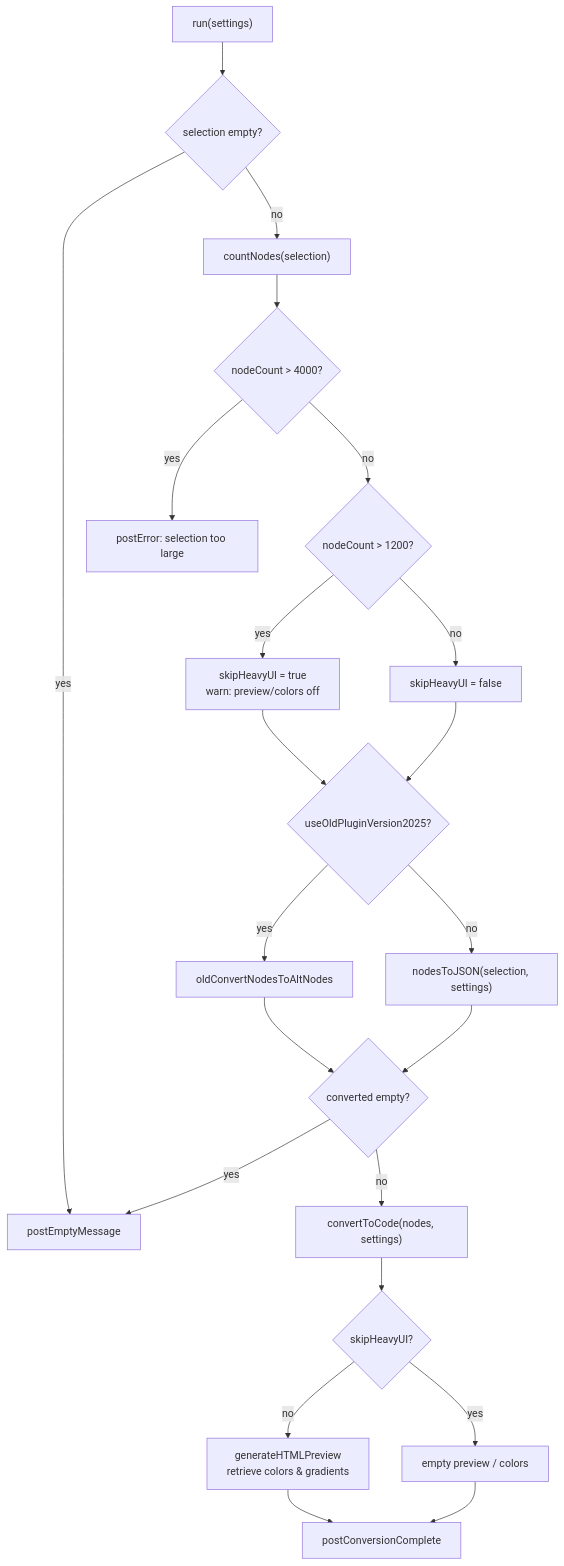
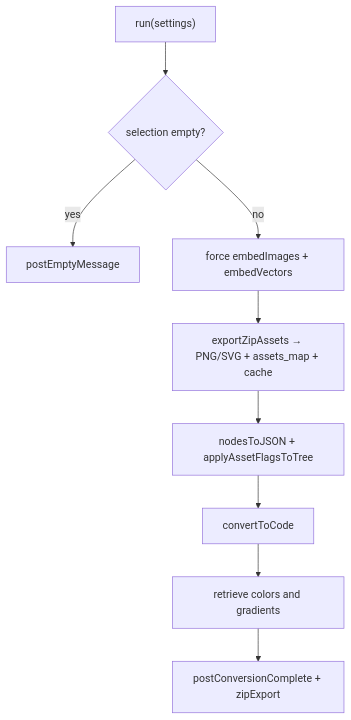
Before and after one commit to CodeByStella/FIGMA2CODE: the third of 9 diagrams in docs/logic.md, drawn with Mermaid. The commit also changed other lines of this file and 72 other files, not shown here.

First line of the commit message:
Add ZIP asset export and drop live HTML preview

````diff
--- a/docs/logic.md
+++ b/docs/logic.md
@@ -70,28 +70,11 @@
 ```mermaid
 flowchart TD
   A["run(settings)"] --> B{"selection empty?"}
   B -->|yes| Empty["postEmptyMessage"]
-  B -->|no| C["countNodes(selection)"]
-  C --> D{"nodeCount > 4000?"}
-  D -->|yes| Err["postError: selection too large"]
-  D -->|no| E{"nodeCount > 1200?"}
-  E -->|yes| SkipUI["skipHeavyUI = true<br/>warn: preview/colors off"]
-  E -->|no| FullUI["skipHeavyUI = false"]
-  SkipUI --> F
-  FullUI --> F
-
-  F{"useOldPluginVersion2025?"}
-  F -->|yes| Old["oldConvertNodesToAltNodes"]
-  F -->|no| New["nodesToJSON(selection, settings)"]
-  Old --> G
-  New --> G
-
-  G{"converted empty?"}
-  G -->|yes| Empty
-  G -->|no| H["convertToCode(nodes, settings)"]
-  H --> I{"skipHeavyUI?"}
-  I -->|no| J["generateHTMLPreview<br/>retrieve colors & gradients"]
-  I -->|yes| K["empty preview / colors"]
-  J --> L["postConversionComplete"]
-  K --> L
+  B -->|no| Force["force embedImages + embedVectors"]
+  Force --> Zip["exportZipAssets → PNG/SVG + assets_map + cache"]
+  Zip --> Conv["nodesToJSON + applyAssetFlagsToTree"]
+  Conv --> Code["convertToCode"]
+  Code --> Colors["retrieve colors and gradients"]
+  Colors --> Done["postConversionComplete + zipExport"]
 ```
````
